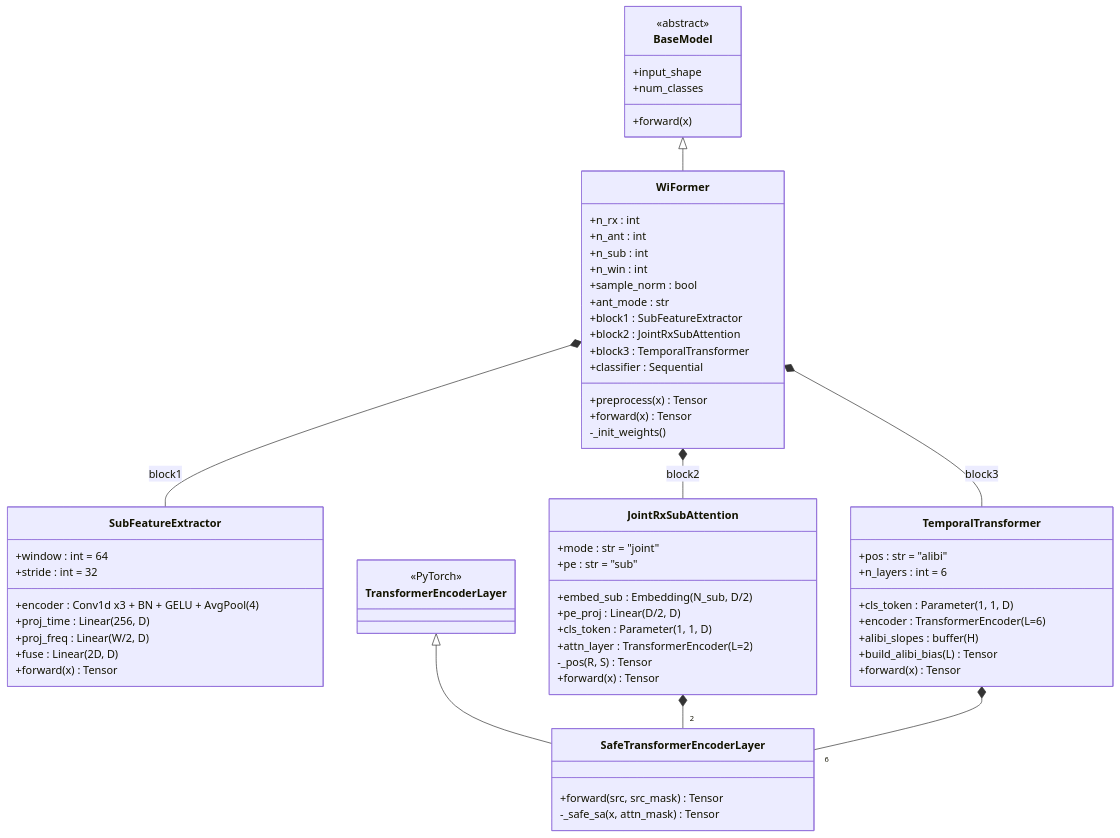
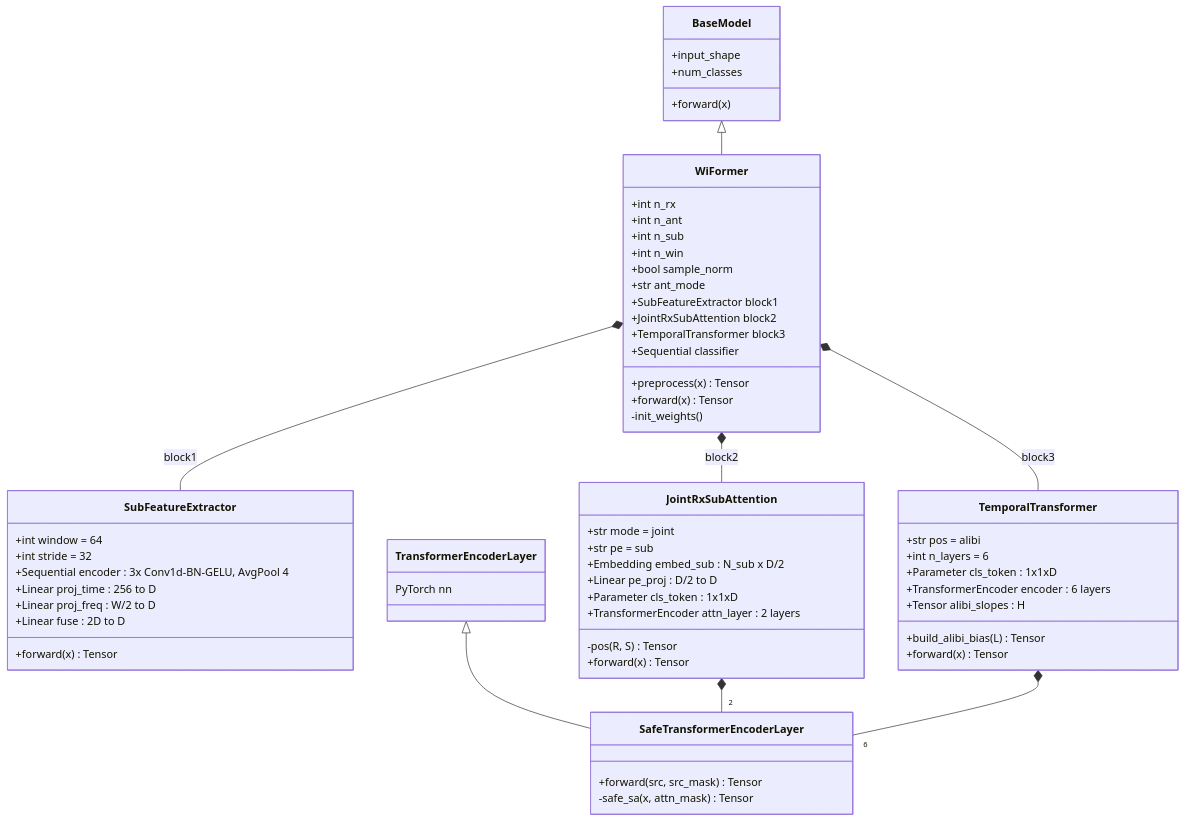
One commit to phanvanhai/wiformer changed the first of 2 diagrams in WiFormer_Architecture.md. Above: the diagram before and after it, drawn with Mermaid.

Commit message:
Fix Mermaid class diagram syntax (no <<annotations>>, plain member types)

````diff
--- a/WiFormer_Architecture.md
+++ b/WiFormer_Architecture.md
@@ -173,67 +173,66 @@
 ```mermaid
 classDiagram
     direction TB
     class BaseModel {
-        <<abstract>>
         +input_shape
         +num_classes
         +forward(x)
     }
     class WiFormer {
-        +n_rx : int
-        +n_ant : int
-        +n_sub : int
-        +n_win : int
-        +sample_norm : bool
-        +ant_mode : str
-        +block1 : SubFeatureExtractor
-        +block2 : JointRxSubAttention
-        +block3 : TemporalTransformer
-        +classifier : Sequential
+        +int n_rx
+        +int n_ant
+        +int n_sub
+        +int n_win
+        +bool sample_norm
+        +str ant_mode
+        +SubFeatureExtractor block1
+        +JointRxSubAttention block2
+        +TemporalTransformer block3
+        +Sequential classifier
         +preprocess(x) Tensor
         +forward(x) Tensor
-        -_init_weights()
+        -init_weights()
     }
     class SubFeatureExtractor {
-        +window : int = 64
-        +stride : int = 32
-        +encoder : Conv1d x3 + BN + GELU + AvgPool(4)
-        +proj_time : Linear(256, D)
-        +proj_freq : Linear(W/2, D)
-        +fuse : Linear(2D, D)
+        +int window = 64
+        +int stride = 32
+        +Sequential encoder : 3x Conv1d-BN-GELU, AvgPool 4
+        +Linear proj_time : 256 to D
+        +Linear proj_freq : W/2 to D
+        +Linear fuse : 2D to D
         +forward(x) Tensor
     }
     class JointRxSubAttention {
-        +mode : str = "joint"
-        +pe : str = "sub"
-        +embed_sub : Embedding(N_sub, D/2)
-        +pe_proj : Linear(D/2, D)
-        +cls_token : Parameter(1, 1, D)
-        +attn_layer : TransformerEncoder(L=2)
-        -_pos(R, S) Tensor
+        +str mode = joint
+        +str pe = sub
+        +Embedding embed_sub : N_sub x D/2
+        +Linear pe_proj : D/2 to D
+        +Parameter cls_token : 1x1xD
+        +TransformerEncoder attn_layer : 2 layers
+        -pos(R, S) Tensor
         +forward(x) Tensor
     }
     class TemporalTransformer {
-        +pos : str = "alibi"
-        +n_layers : int = 6
-        +cls_token : Parameter(1, 1, D)
-        +encoder : TransformerEncoder(L=6)
-        +alibi_slopes : buffer(H)
+        +str pos = alibi
+        +int n_layers = 6
+        +Parameter cls_token : 1x1xD
+        +TransformerEncoder encoder : 6 layers
+        +Tensor alibi_slopes : H
         +build_alibi_bias(L) Tensor
         +forward(x) Tensor
     }
     class SafeTransformerEncoderLayer {
         +forward(src, src_mask) Tensor
-        -_safe_sa(x, attn_mask) Tensor
+        -safe_sa(x, attn_mask) Tensor
     }
     class TransformerEncoderLayer {
-        <<PyTorch>>
+        PyTorch nn
     }
     BaseModel <|-- WiFormer
     TransformerEncoderLayer <|-- SafeTransformerEncoderLayer
     WiFormer *-- SubFeatureExtractor : block1
     WiFormer *-- JointRxSubAttention : block2
     WiFormer *-- TemporalTransformer : block3
     JointRxSubAttention *-- "2" SafeTransformerEncoderLayer
     TemporalTransformer *-- "6" SafeTransformerEncoderLayer
 ```
````
